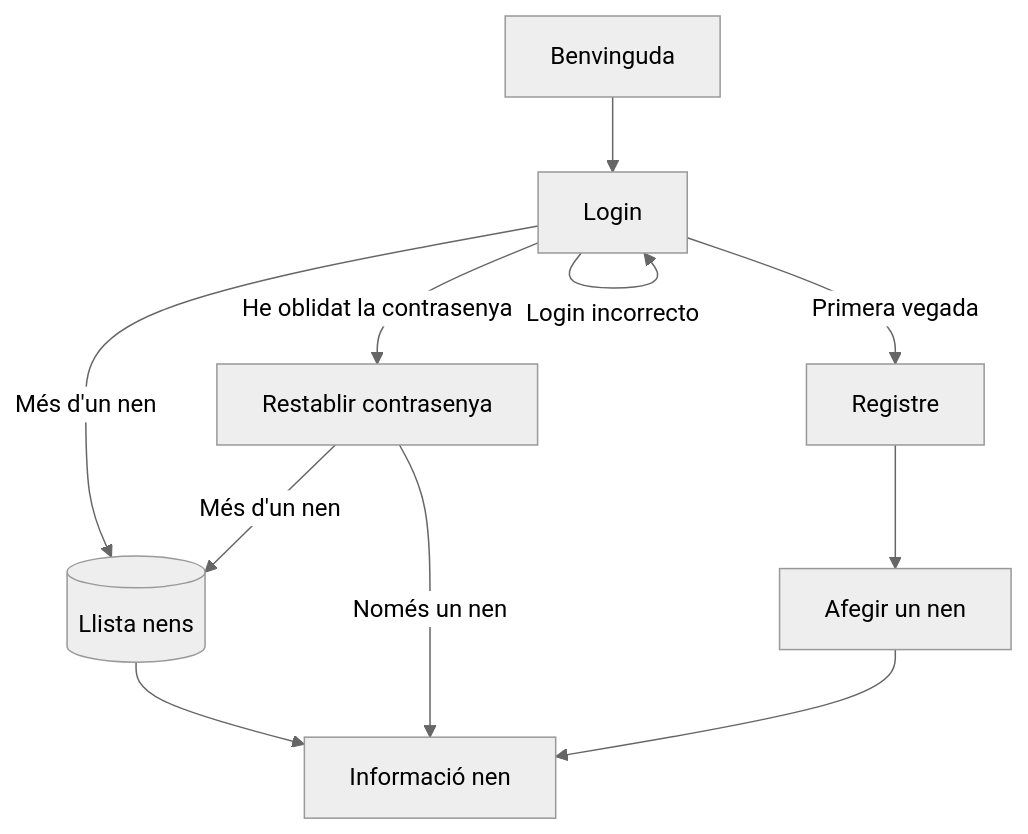
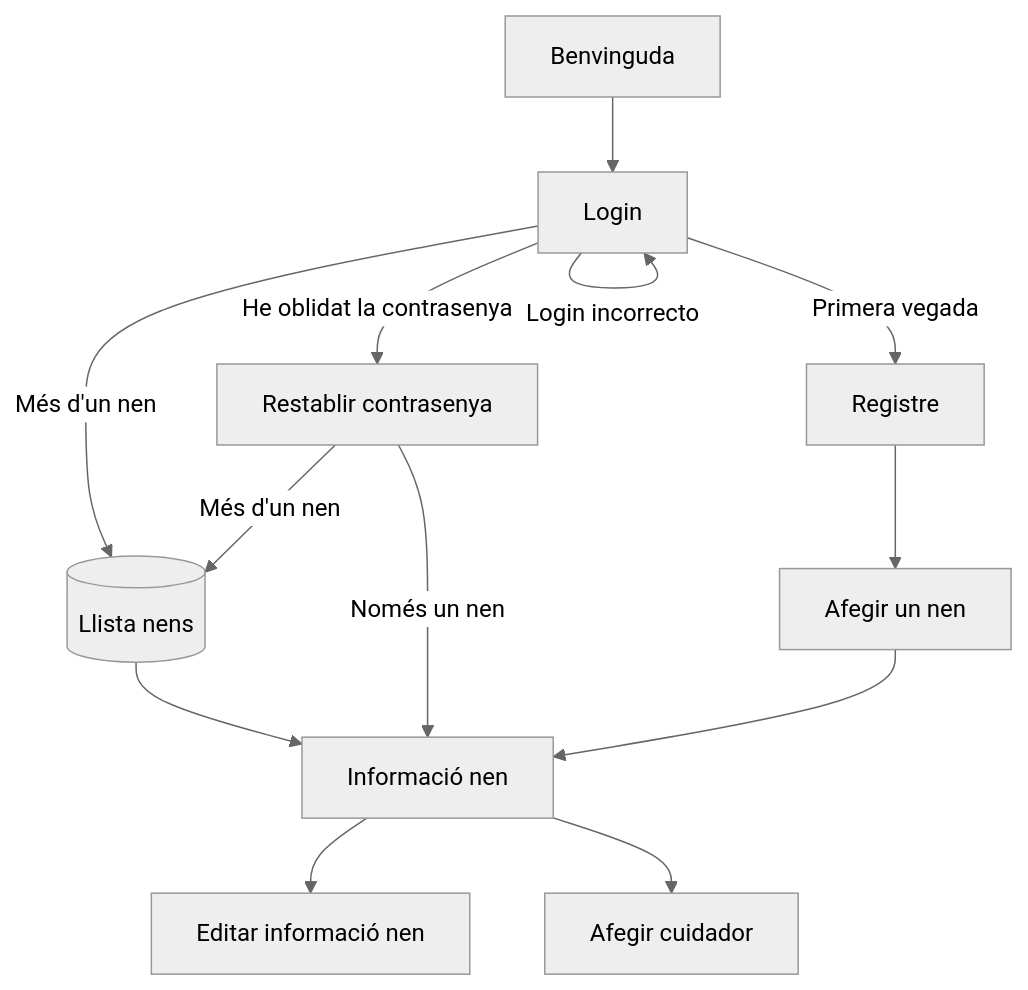
Before and after one commit to dnwits/TapatApp: the diagram in charts/fluxe_navegacio.mermaid, drawn with Mermaid (neutral theme).

```diff
--- a/charts/fluxe_navegacio.mermaid
+++ b/charts/fluxe_navegacio.mermaid
@@ -1,36 +1,38 @@
 flowchart TD
     A[Benvinguda] --> B[Login]
     %% Comentarios explicativos para Login %%
     %% || Pantalla: Login ||  
     %% || Inputs: Usuari (email o username) i Contrasenya ||
     %% || Botó: "Iniciar sessió", "Registrar-se", "He oblidat la contrasenya" ||
     
     B-->|Login incorrecto| B
     B -->|Més d'un nen| D[(Llista nens)] 
     %% || Pantalla: Llista nens ||
     %% || Mostra els nens assignats al cuidador ||
     %% || Opcions: Seleccionar nen || Botó: "Afegir un nen nou" ||
 
     D --> E[Informació nen]
     %% || Pantalla: Informació nen ||
     %% || Mostra el registre de temps amb el pegat del nen ||
     %% || Opcions: Editar informació, afegir temps || Botó: "Tornar" ||
 
     B -->|Primera vegada| F[Registre]
     %% || Pantalla: Registre ||
     %% || Formulari amb camps: Nom, Usuari, Email, Contrasenya ||
     %% || Botó: "Registrar-se" ||
 
     F --> G[Afegir un nen]
     %% || Pantalla: Afegir un nen ||
     %% || Formulari amb camps: Nom del nen, Edat, tractament (hores o percentatge) ||
     %% || Botó: "Afegir" ||
 
     B -->|He oblidat la contrasenya| H[Restablir contrasenya]
     %% || Pantalla: Restablir contrasenya ||
     %% || Formulari amb camp: Email, nova contrasenya ||
     %% || Botó: "Enviar enllaç de restabliment" ||
     
     H -->|Només un nen| E
     H -->|Més d'un nen| D
     G --> E
+    E-->I[Editar informació nen]
+    E-->J[Afegir cuidador]
```
